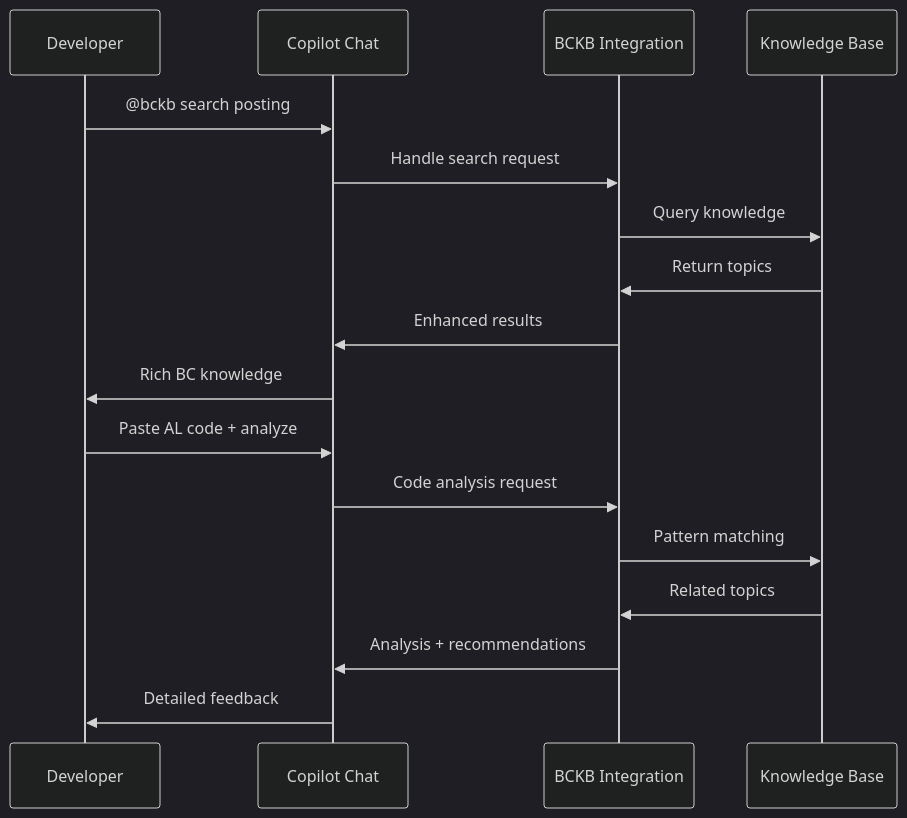
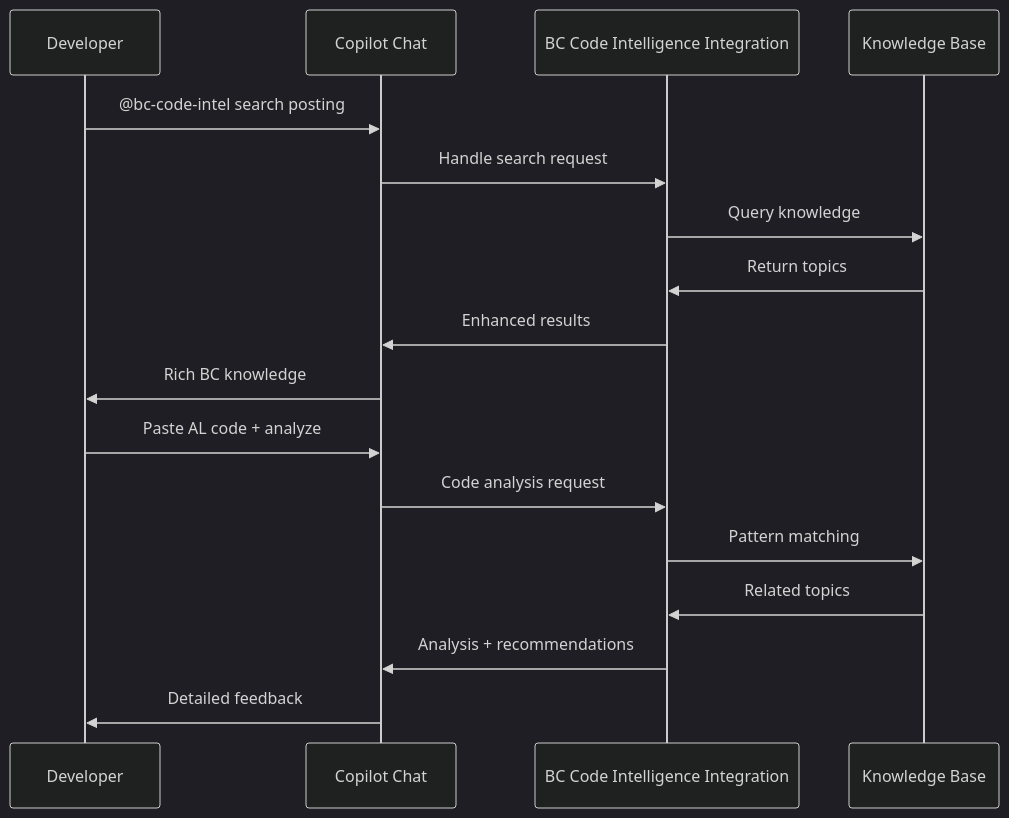
The third of 4 diagrams in docs/integration-ecosystem.md (JeremyVyska/bc-code-intelligence-mcp), drawn with Mermaid (dark theme) before and after one commit. The commit also changed other lines of this file and 4 other files, not shown here.

First line of the commit message:
Complete BC Code Intelligence migration

````diff
--- a/docs/integration-ecosystem.md
+++ b/docs/integration-ecosystem.md
@@ -218,21 +218,21 @@
 ```mermaid
 sequenceDiagram
     participant Dev as Developer
     participant COP as Copilot Chat
-    participant BCKB as BCKB Integration
+    participant BCCodeIntel as BC Code Intelligence Integration
     participant KB as Knowledge Base
 
-    Dev->>COP: @bckb search posting
-    COP->>BCKB: Handle search request
-    BCKB->>KB: Query knowledge
-    KB->>BCKB: Return topics
-    BCKB->>COP: Enhanced results
+    Dev->>COP: @bc-code-intel search posting
+    COP->>BCCodeIntel: Handle search request
+    BCCodeIntel->>KB: Query knowledge
+    KB->>BCCodeIntel: Return topics
+    BCCodeIntel->>COP: Enhanced results
     COP->>Dev: Rich BC knowledge
 
     Dev->>COP: Paste AL code + analyze
-    COP->>BCKB: Code analysis request
-    BCKB->>KB: Pattern matching
-    KB->>BCKB: Related topics
-    BCKB->>COP: Analysis + recommendations
+    COP->>BCCodeIntel: Code analysis request
+    BCCodeIntel->>KB: Pattern matching
+    KB->>BCCodeIntel: Related topics
+    BCCodeIntel->>COP: Analysis + recommendations
     COP->>Dev: Detailed feedback
 ```
````
